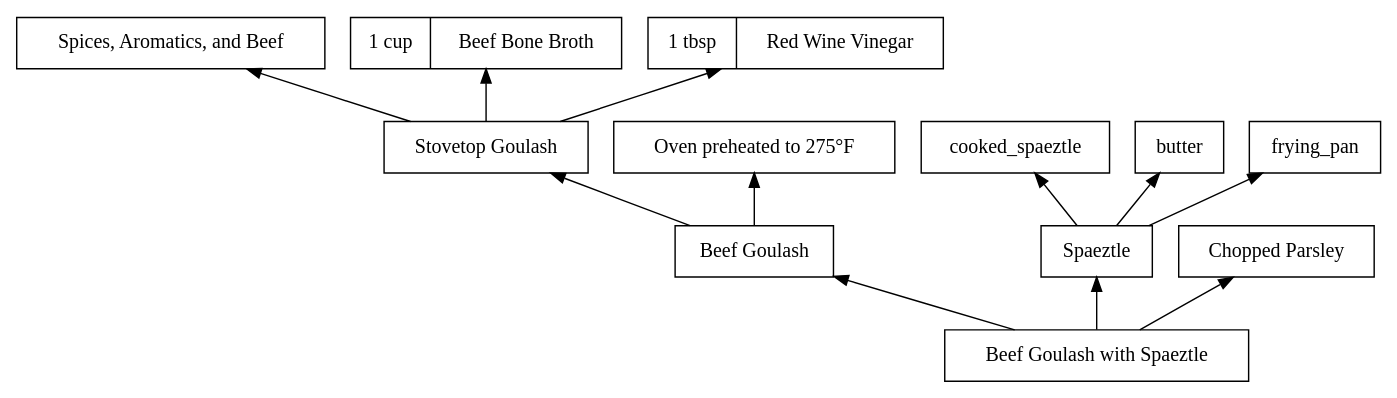
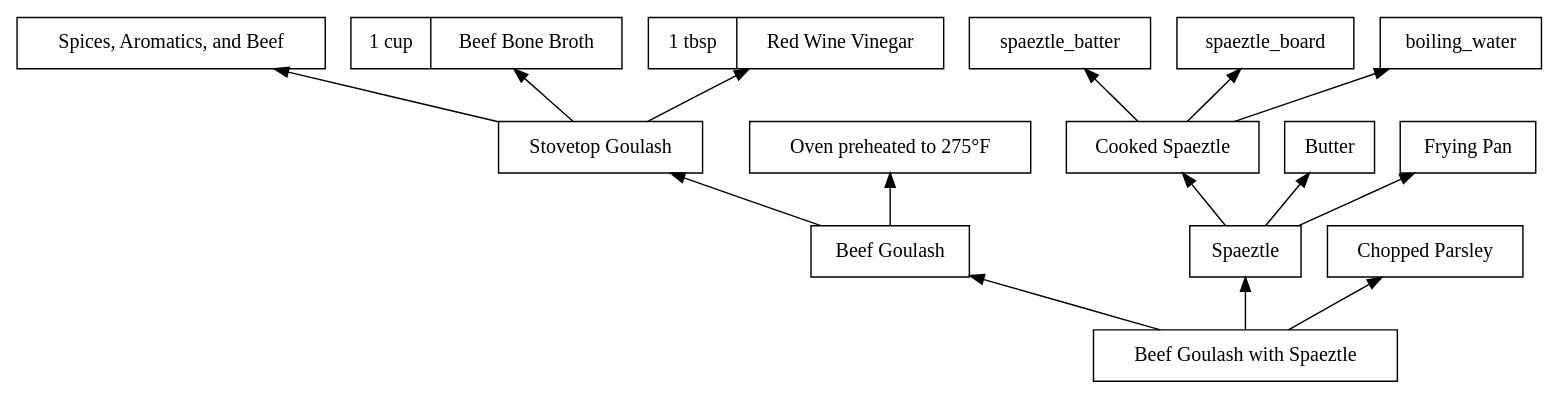
Before and after one commit to isaacsanders/recipes-as-dependency-graphs: the diagram in nourished-kitchen/goulash-with-spaetzle/recipe.dot, drawn with Graphviz.

```diff
--- a/nourished-kitchen/goulash-with-spaetzle/recipe.dot
+++ b/nourished-kitchen/goulash-with-spaetzle/recipe.dot
@@ -1,24 +1,30 @@
 digraph recipe {
   rankdir=BT;
   node [shape=record];
   browning_goulash [label="Spices, Aromatics, and Beef"];
   beef_bone_broth [label="1 cup|Beef Bone Broth"];
   vinegar [label="1 tbsp|Red Wine Vinegar"];
   stovetop_goulash [label="Stovetop Goulash"];
   stovetop_goulash -> browning_goulash;
   stovetop_goulash -> beef_bone_broth;
   stovetop_goulash -> vinegar;
   oven [label="Oven preheated to 275°F"];
   goulash [label="Beef Goulash"];
   goulash -> stovetop_goulash;
   goulash -> oven;
+  cooked_spaeztle [label="Cooked Spaeztle"];
+  cooked_spaeztle -> spaeztle_batter;
+  cooked_spaeztle -> spaeztle_board;
+  cooked_spaeztle -> boiling_water;
+  butter [label="Butter"];
+  frying_pan [label="Frying Pan"];
   spaeztle [label="Spaeztle"];
   spaeztle -> cooked_spaeztle;
   spaeztle -> butter;
   spaeztle -> frying_pan;
   chopped_parsley [label="Chopped Parsley"];
   goulash_with_spaeztle [label="Beef Goulash with Spaeztle"];
   goulash_with_spaeztle -> goulash;
   goulash_with_spaeztle -> spaeztle;
   goulash_with_spaeztle -> chopped_parsley;
 }
```
